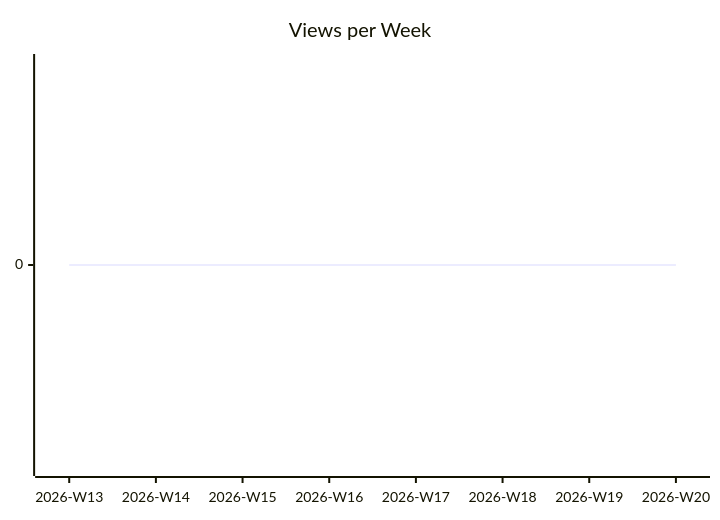
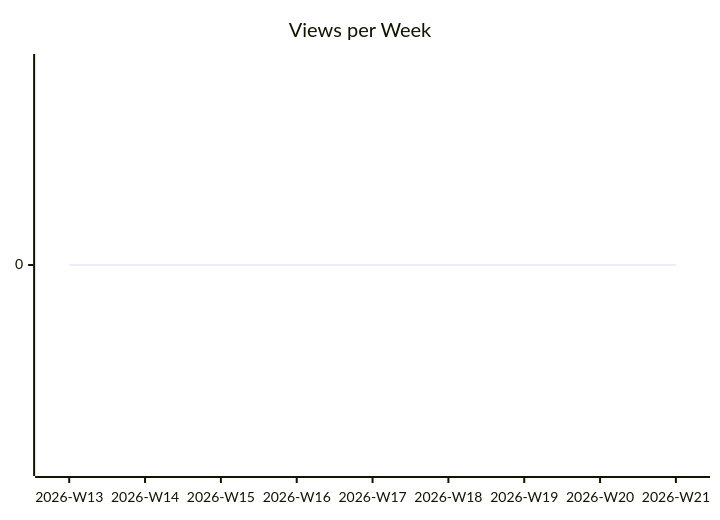
The second of 3 diagrams in karlmdavis/puppet-archive/README.md (justdavis-family/github-analytics-data), drawn with Mermaid before and after one commit. The commit also changed other lines of this file and 189 other files, not shown here.

````diff
--- a/karlmdavis/puppet-archive/README.md
+++ b/karlmdavis/puppet-archive/README.md
@@ -12,6 +12,6 @@
 ```mermaid
 xychart-beta
   title "Views per Week"
-  x-axis ["2026-W13", "2026-W14", "2026-W15", "2026-W16", "2026-W17", "2026-W18", "2026-W19", "2026-W20"]
-  line [0, 0, 0, 0, 0, 0, 0, 0]
+  x-axis ["2026-W13", "2026-W14", "2026-W15", "2026-W16", "2026-W17", "2026-W18", "2026-W19", "2026-W20", "2026-W21"]
+  line [0, 0, 0, 0, 0, 0, 0, 0, 0]
 ```
````
